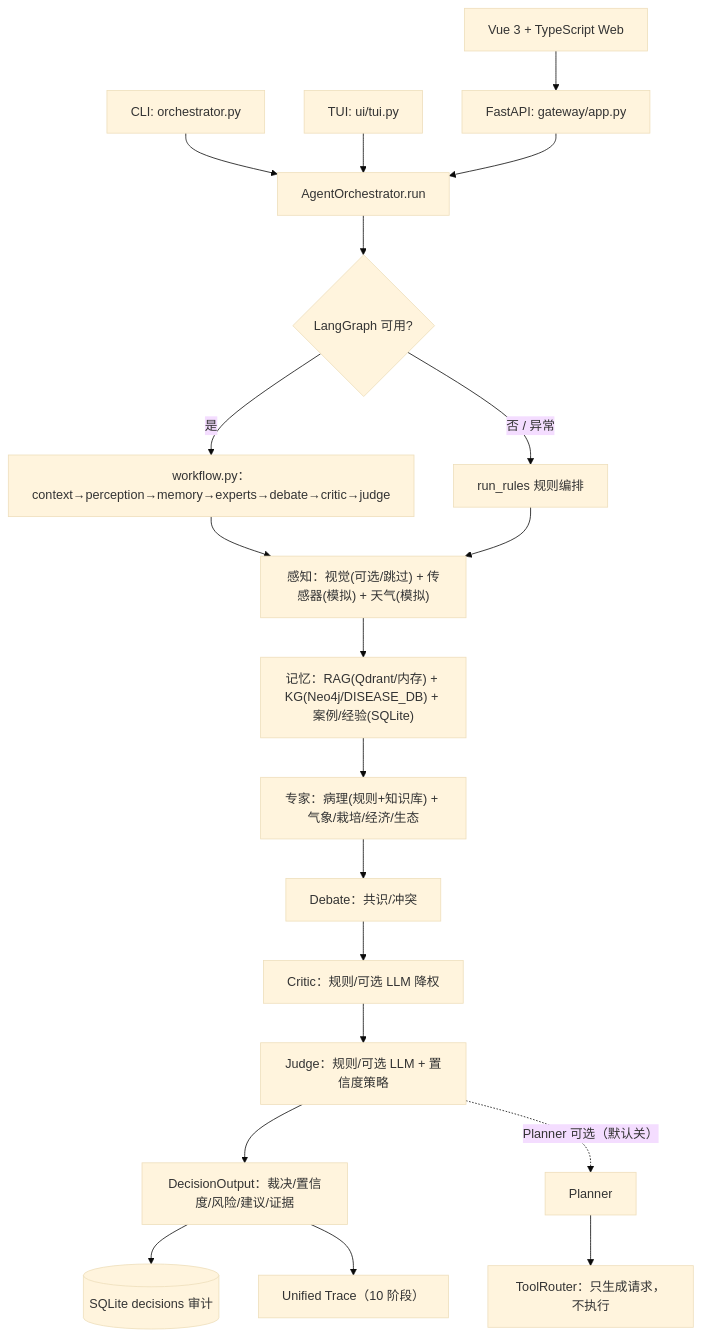
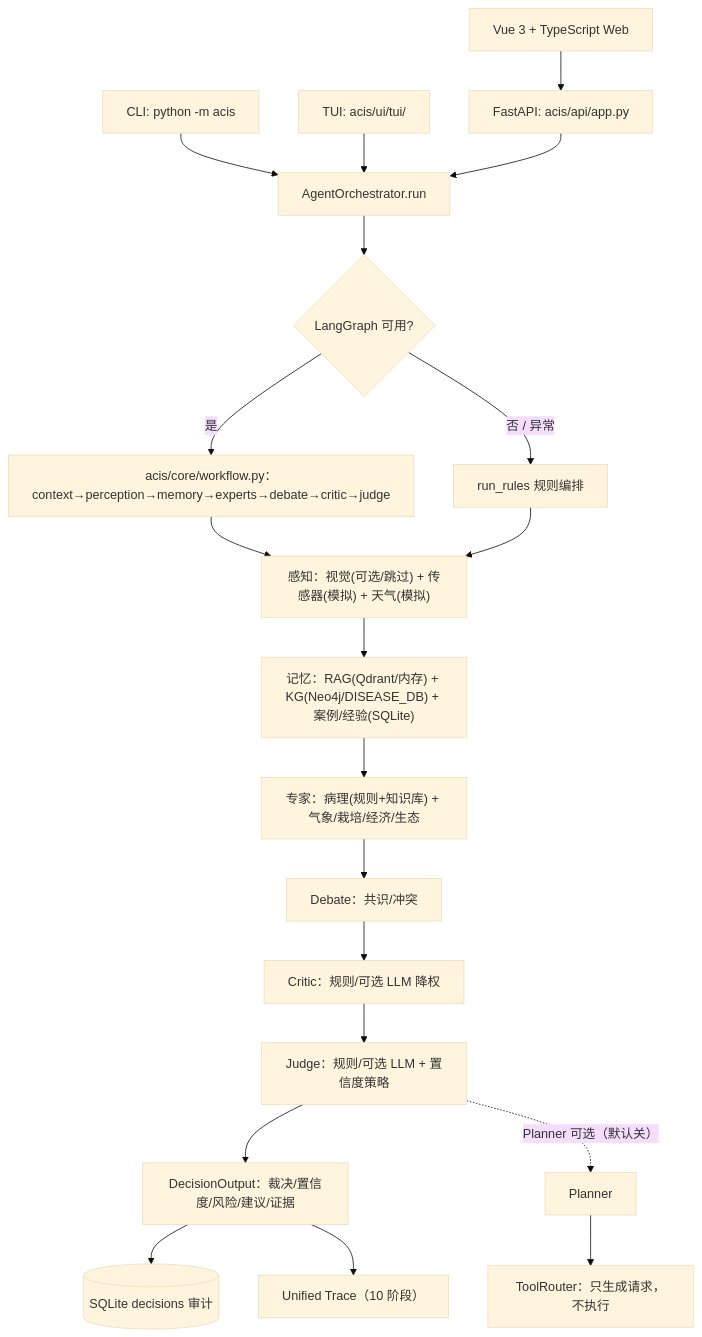
Before and after one commit to acdemi/ACIS: the diagram in README.md, drawn with Mermaid (base theme). The commit also changed other lines of this file and 230 other files, not shown here.

````diff
--- a/README.md
+++ b/README.md
@@ -43,21 +43,21 @@
 ```mermaid
 flowchart TD
-  CLI["CLI: orchestrator.py"] --> ORCH["AgentOrchestrator.run"]
-  TUI["TUI: ui/tui.py"] --> ORCH
-  WEB["Vue 3 + TypeScript Web"] --> API["FastAPI: gateway/app.py"]
+  CLI["CLI: python -m acis"] --> ORCH["AgentOrchestrator.run"]
+  TUI["TUI: acis/ui/tui/"] --> ORCH
+  WEB["Vue 3 + TypeScript Web"] --> API["FastAPI: acis/api/app.py"]
   API --> ORCH
   ORCH --> LG{"LangGraph 可用?"}
-  LG -- "是" --> WF["workflow.py：context→perception→memory→experts→debate→critic→judge"]
+  LG -- "是" --> WF["acis/core/workflow.py：context→perception→memory→experts→debate→critic→judge"]
   LG -- "否 / 异常" --> RULES["run_rules 规则编排"]
   WF --> PER["感知：视觉(可选/跳过) + 传感器(模拟) + 天气(模拟)"]
   RULES --> PER
   PER --> MEM["记忆：RAG(Qdrant/内存) + KG(Neo4j/DISEASE_DB) + 案例/经验(SQLite)"]
   MEM --> EXP["专家：病理(规则+知识库) + 气象/栽培/经济/生态"]
   EXP --> DEB["Debate：共识/冲突"]
   DEB --> CRI["Critic：规则/可选 LLM 降权"]
   CRI --> JUD["Judge：规则/可选 LLM + 置信度策略"]
   JUD --> OUT["DecisionOutput：裁决/置信度/风险/建议/证据"]
   OUT --> DB[("SQLite decisions 审计")]
   OUT --> TR["Unified Trace（10 阶段）"]
   JUD -. "Planner 可选（默认关）" .-> PLAN["Planner"] --> ROUTER["ToolRouter：只生成请求，不执行"]
 ```
````
